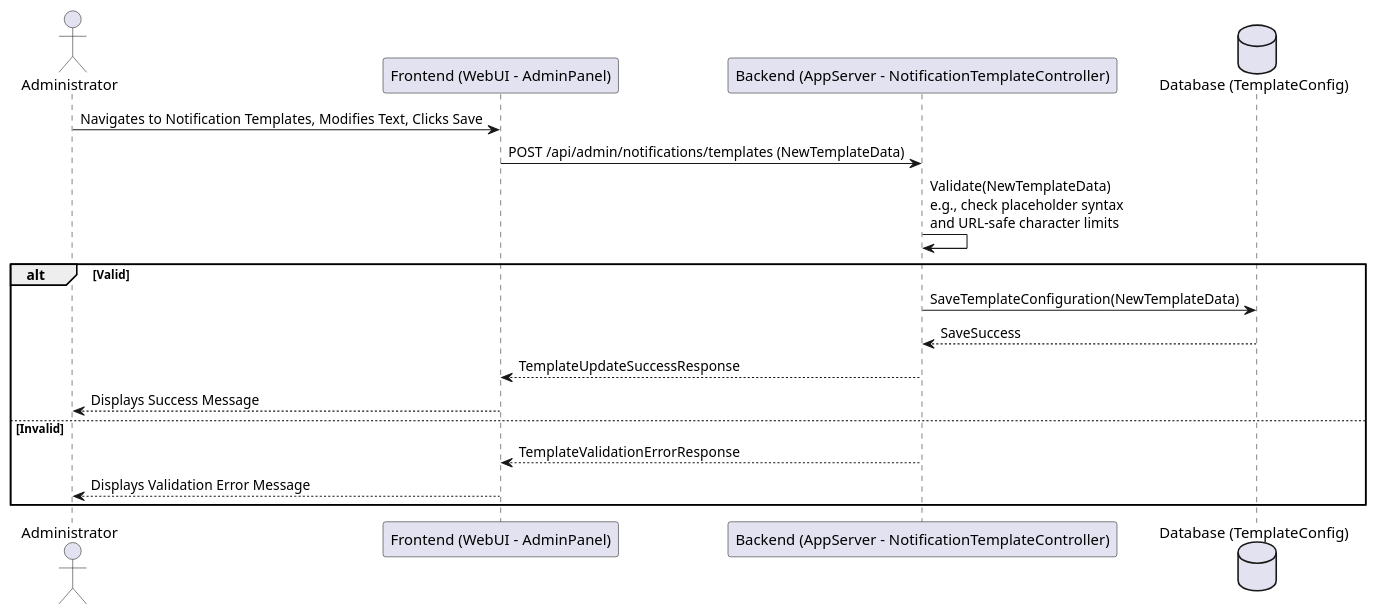
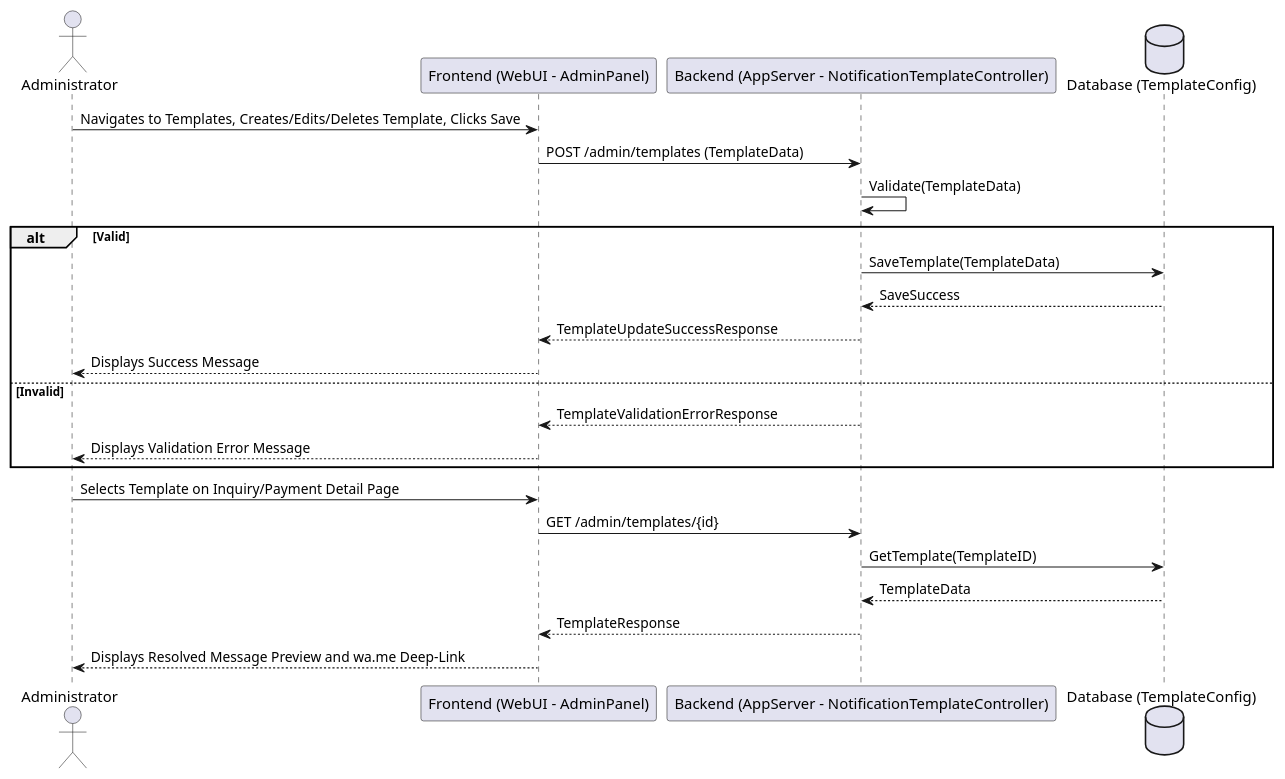
Before and after one commit to 7azmi/Al-Muneer-Portal: diagram 34 of 34 in Academic fluff (temp)/appendix: SRS.md, drawn with PlantUML. The commit also changed other lines of this file, not shown here.

````diff
--- a/Academic fluff (temp)/appendix: SRS.md
+++ b/Academic fluff (temp)/appendix: SRS.md
@@ -1425,21 +1453,28 @@
 ```plantuml
 @startuml
 actor Administrator as Admin
 participant "Frontend (WebUI - AdminPanel)" as UI
 participant "Backend (AppServer - NotificationTemplateController)" as App
 database "Database (TemplateConfig)" as DB
 
-Admin -> UI : Navigates to Notification Templates, Modifies Text, Clicks Save
-UI -> App : POST /api/admin/notifications/templates (NewTemplateData)
-App -> App : Validate(NewTemplateData)\ne.g., check placeholder syntax\nand URL-safe character limits
+Admin -> UI : Navigates to Templates, Creates/Edits/Deletes Template, Clicks Save
+UI -> App : POST /admin/templates (TemplateData)
+App -> App : Validate(TemplateData)
 alt Valid
-  App -> DB : SaveTemplateConfiguration(NewTemplateData)
+  App -> DB : SaveTemplate(TemplateData)
   DB --> App : SaveSuccess
   App --> UI : TemplateUpdateSuccessResponse
   UI --> Admin : Displays Success Message
 else Invalid
   App --> UI : TemplateValidationErrorResponse
   UI --> Admin : Displays Validation Error Message
 end
+
+Admin -> UI : Selects Template on Inquiry/Payment Detail Page
+UI -> App : GET /admin/templates/{id}
+App -> DB : GetTemplate(TemplateID)
+DB --> App : TemplateData
+App --> UI : TemplateResponse
+UI --> Admin : Displays Resolved Message Preview and wa.me Deep-Link
 @enduml
 ```
````
